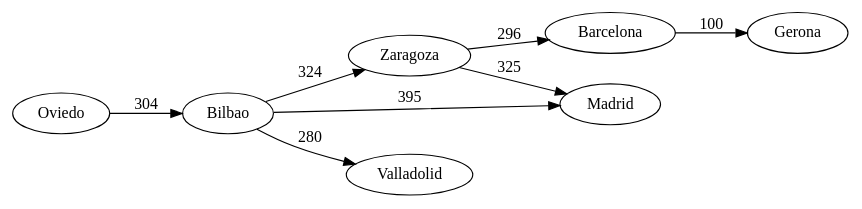
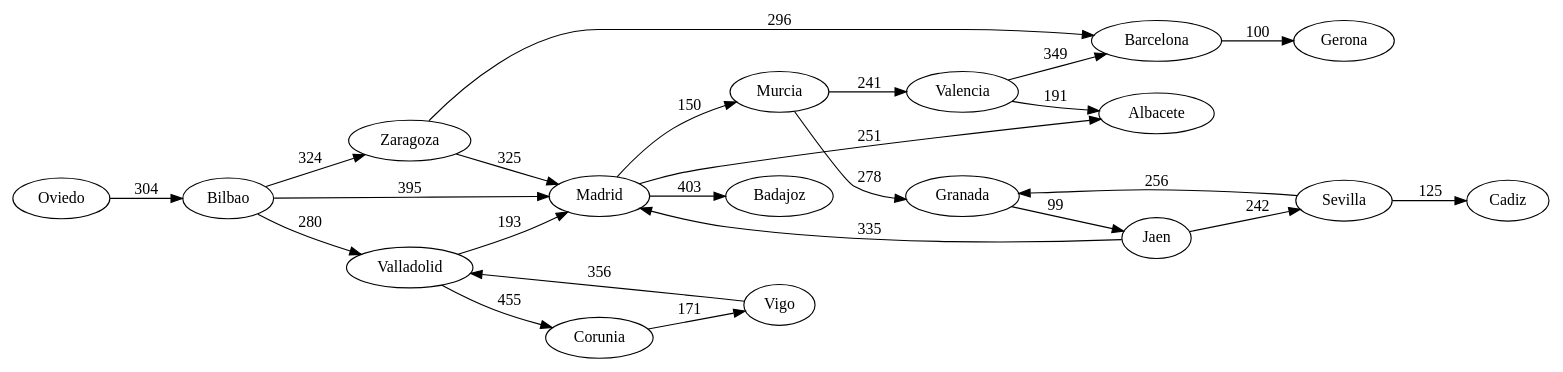
The diagram in R_Grafo.dot (EmBarillasA94/EDD_PROYECTO2_JUNIO_201503741), drawn with Graphviz before and after one commit. The commit also changed 16 other files, not shown here.

```diff
--- a/R_Grafo.dot
+++ b/R_Grafo.dot
@@ -1,18 +1,44 @@
 digraph G{ 
 rankdir = LR; 
 "Oviedo_G"[label="Oviedo"] 
 "Bilbao_G"[label="Bilbao"] 
 "Zaragoza_G"[label="Zaragoza"] 
 "Madrid_G"[label="Madrid"] 
 "Valladolid_G"[label="Valladolid"] 
 "Barcelona_G"[label="Barcelona"] 
 "Gerona_G"[label="Gerona"] 
+"Corunia_G"[label="Corunia"] 
+"Vigo_G"[label="Vigo"] 
+"Badajoz_G"[label="Badajoz"] 
+"Albacete_G"[label="Albacete"] 
+"Murcia_G"[label="Murcia"] 
+"Valencia_G"[label="Valencia"] 
+"Granada_G"[label="Granada"] 
+"Jaen_G"[label="Jaen"] 
+"Sevilla_G"[label="Sevilla"] 
+"Cadiz_G"[label="Cadiz"] 
 
 "Oviedo_G" -> "Bilbao_G"[label= "304"] 
 "Bilbao_G" -> "Zaragoza_G"[label= "324"] 
 "Bilbao_G" -> "Madrid_G"[label= "395"] 
 "Bilbao_G" -> "Valladolid_G"[label= "280"] 
 "Zaragoza_G" -> "Barcelona_G"[label= "296"] 
 "Zaragoza_G" -> "Madrid_G"[label= "325"] 
+"Madrid_G" -> "Badajoz_G"[label= "403"] 
+"Madrid_G" -> "Albacete_G"[label= "251"] 
+"Madrid_G" -> "Murcia_G"[label= "150"] 
+"Valladolid_G" -> "Corunia_G"[label= "455"] 
+"Valladolid_G" -> "Madrid_G"[label= "193"] 
 "Barcelona_G" -> "Gerona_G"[label= "100"] 
+"Corunia_G" -> "Vigo_G"[label= "171"] 
+"Vigo_G" -> "Valladolid_G"[label= "356"] 
+"Murcia_G" -> "Valencia_G"[label= "241"] 
+"Murcia_G" -> "Granada_G"[label= "278"] 
+"Valencia_G" -> "Albacete_G"[label= "191"] 
+"Valencia_G" -> "Barcelona_G"[label= "349"] 
+"Granada_G" -> "Jaen_G"[label= "99"] 
+"Jaen_G" -> "Madrid_G"[label= "335"] 
+"Jaen_G" -> "Sevilla_G"[label= "242"] 
+"Sevilla_G" -> "Granada_G"[label= "256"] 
+"Sevilla_G" -> "Cadiz_G"[label= "125"] 
 }
```
